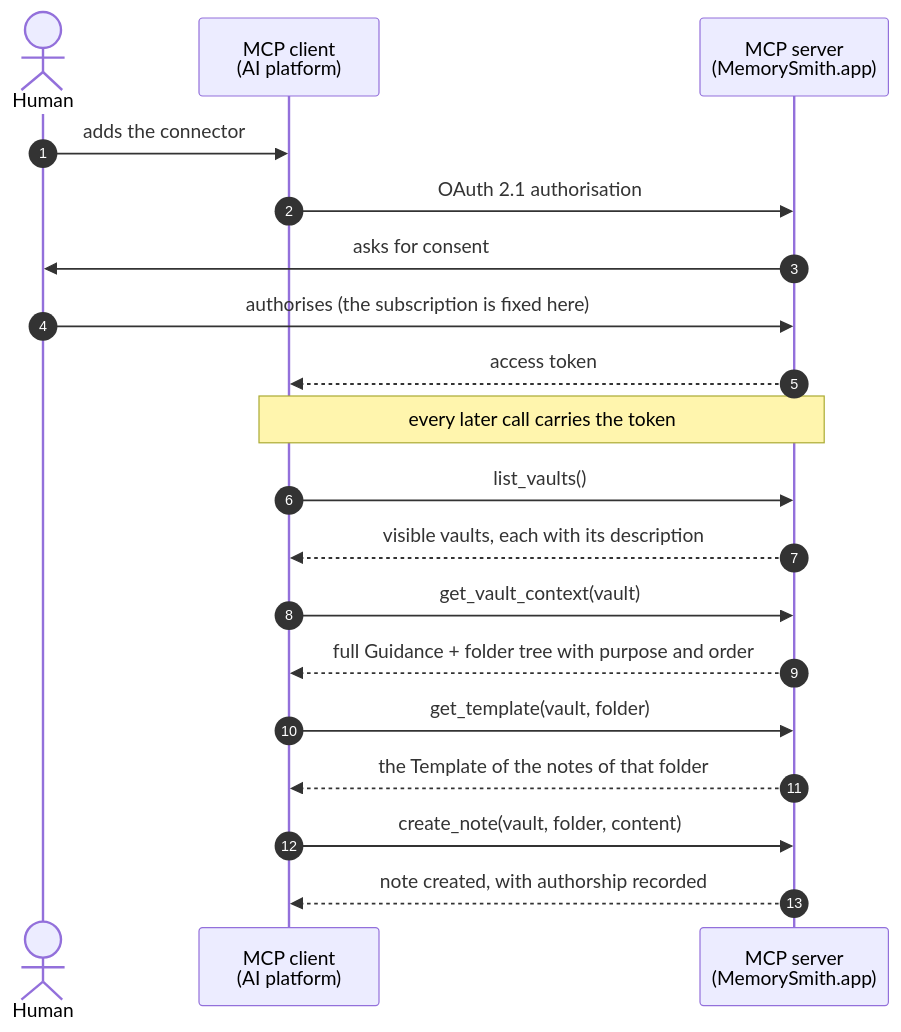
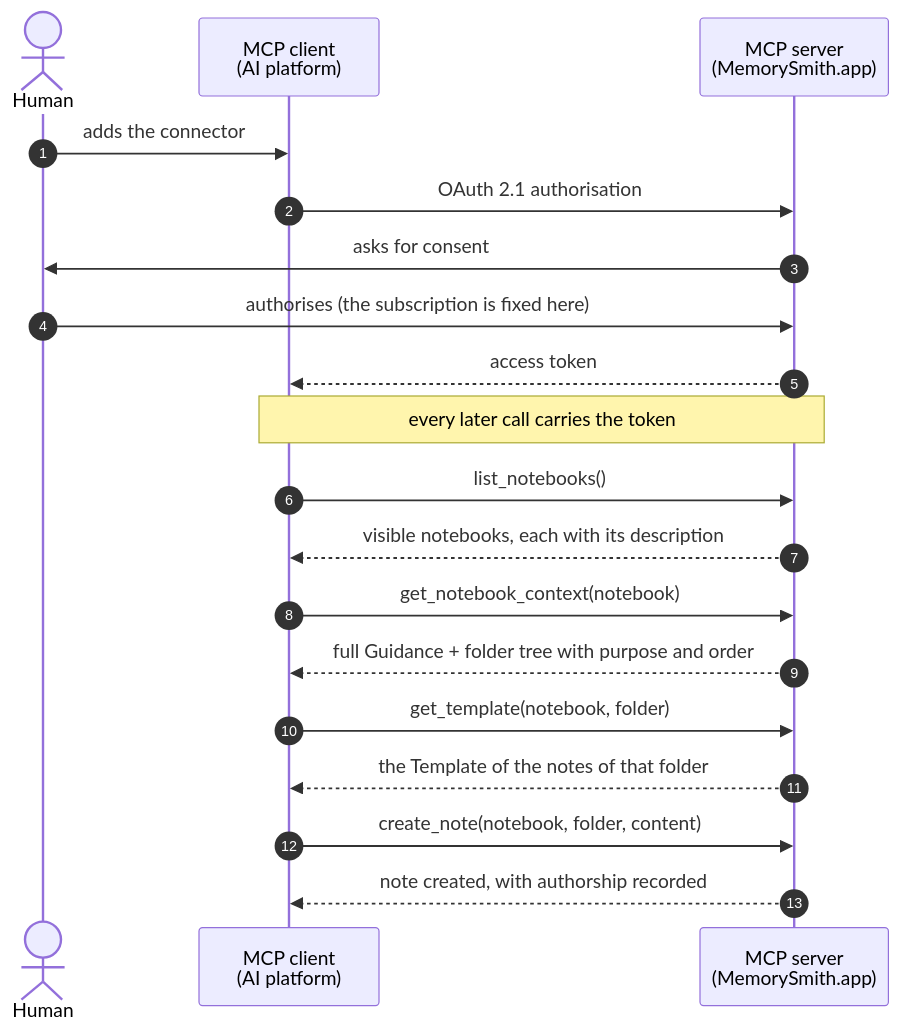
The diagram in README.md (memorysmithapp/memorysmithapp), drawn with Mermaid before and after one commit. The commit also changed other lines of this file and 1898 other files, not shown here.

````diff
--- a/README.md
+++ b/README.md
@@ -116,27 +116,27 @@
 ```mermaid
 sequenceDiagram
     autonumber
     actor Human
     participant Client as MCP client<br/>(AI platform)
     participant Server as MCP server<br/>(MemorySmith.app)
 
     Human->>Client: adds the connector
     Client->>Server: OAuth 2.1 authorisation
     Server->>Human: asks for consent
     Human->>Server: authorises (the subscription is fixed here)
     Server-->>Client: access token
 
     note over Client,Server: every later call carries the token
 
-    Client->>Server: list_vaults()
-    Server-->>Client: visible vaults, each with its description
+    Client->>Server: list_notebooks()
+    Server-->>Client: visible notebooks, each with its description
 
-    Client->>Server: get_vault_context(vault)
+    Client->>Server: get_notebook_context(notebook)
     Server-->>Client: full Guidance + folder tree with purpose and order
 
-    Client->>Server: get_template(vault, folder)
+    Client->>Server: get_template(notebook, folder)
     Server-->>Client: the Template of the notes of that folder
 
-    Client->>Server: create_note(vault, folder, content)
+    Client->>Server: create_note(notebook, folder, content)
     Server-->>Client: note created, with authorship recorded
 ```
````
